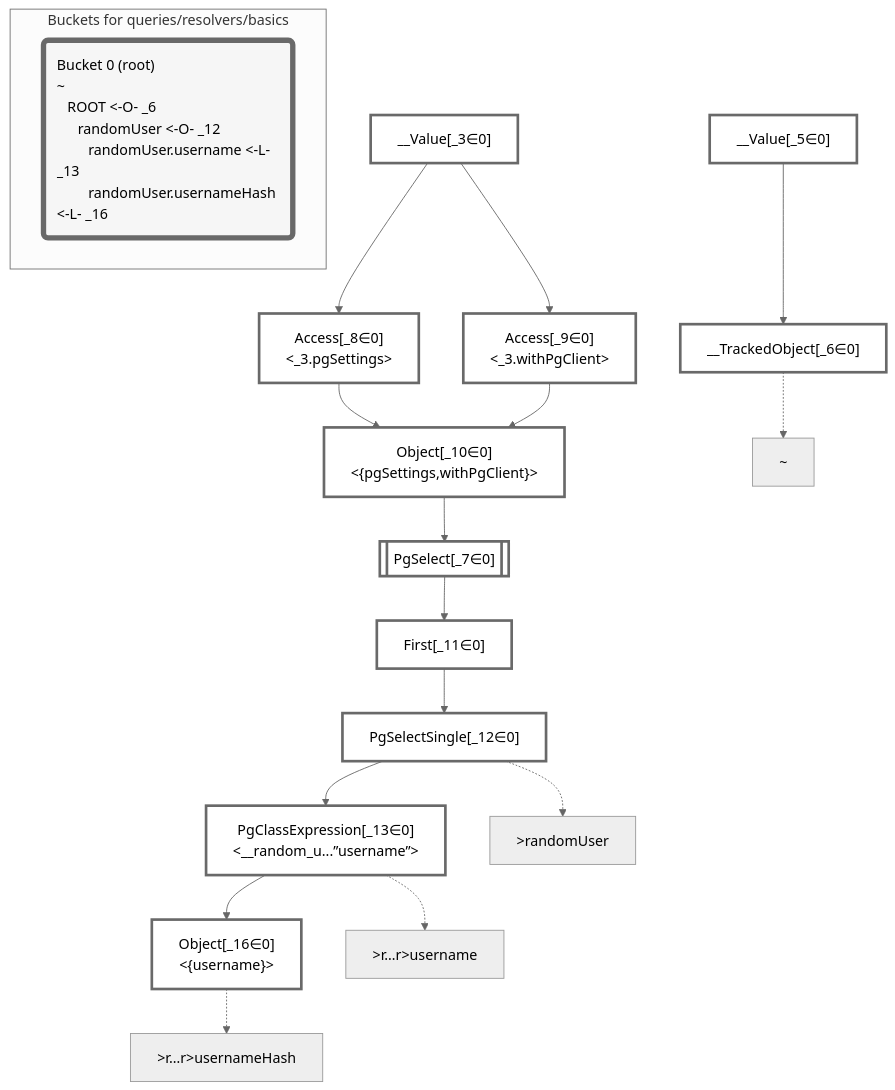
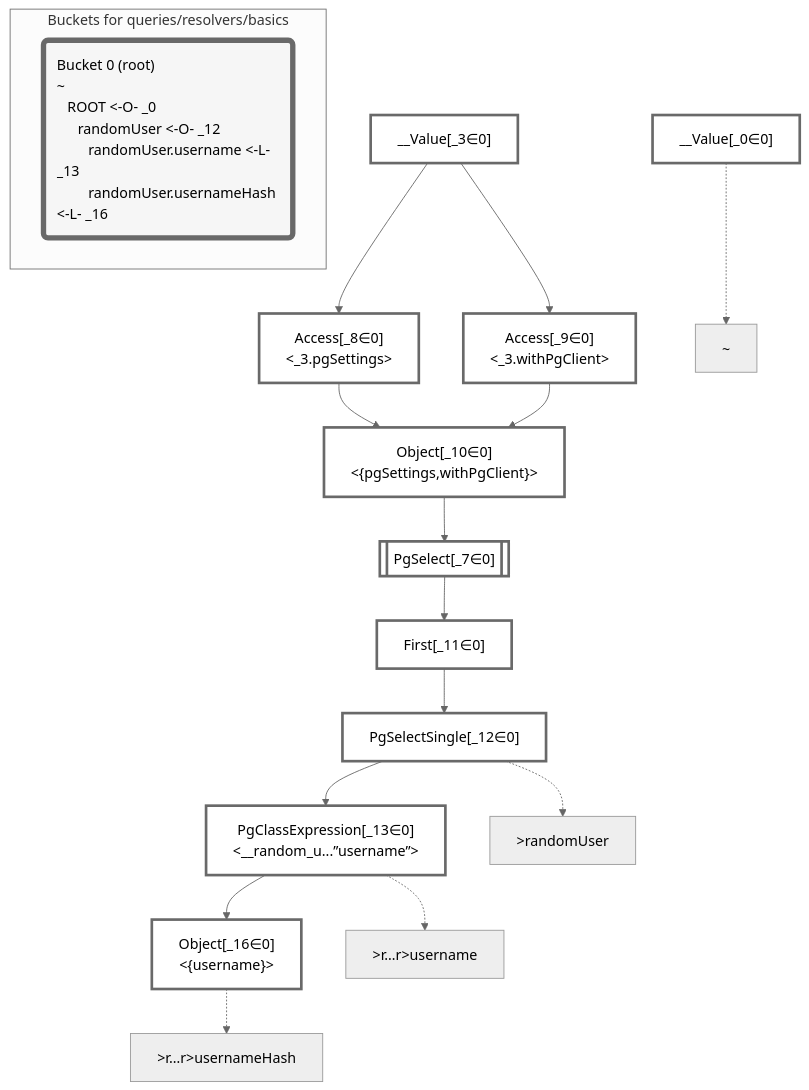
Before and after one commit to graphile/crystal: the diagram in packages/dataplan-pg/__tests__/queries/resolvers/basics.deopt.mermaid.md, drawn with Mermaid (neutral theme). The commit also changed 193 other files, not shown here.

Commit message:
Update test plan snapshots with new root plan

````diff
--- a/packages/dataplan-pg/__tests__/queries/resolvers/basics.deopt.mermaid.md
+++ b/packages/dataplan-pg/__tests__/queries/resolvers/basics.deopt.mermaid.md
@@ -1,53 +1,51 @@
 ```mermaid
 graph TD
     classDef path fill:#eee,stroke:#000,color:#000
     classDef plan fill:#fff,stroke-width:3px,color:#000
     classDef itemplan fill:#fff,stroke-width:6px,color:#000
     classDef sideeffectplan fill:#f00,stroke-width:6px,color:#000
     classDef bucket fill:#f6f6f6,color:#000,stroke-width:6px,text-align:left
 
 
     %% define plans
+    __Value_0["__Value[_0∈0]"]:::plan
     __Value_3["__Value[_3∈0]<br /><context>"]:::plan
-    __Value_5["__Value[_5∈0]<br /><rootValue>"]:::plan
-    __TrackedObject_6["__TrackedObject[_6∈0]"]:::plan
     PgSelect_7[["PgSelect[_7∈0]<br /><random_user>"]]:::plan
     Access_8["Access[_8∈0]<br /><_3.pgSettings>"]:::plan
     Access_9["Access[_9∈0]<br /><_3.withPgClient>"]:::plan
     Object_10["Object[_10∈0]<br /><{pgSettings,withPgClient}>"]:::plan
     First_11["First[_11∈0]"]:::plan
     PgSelectSingle_12["PgSelectSingle[_12∈0]<br /><users>"]:::plan
     PgClassExpression_13["PgClassExpression[_13∈0]<br /><__random_u...”username”>"]:::plan
     Object_16["Object[_16∈0]<br /><{username}>"]:::plan
 
     %% plan dependencies
-    __Value_5 --> __TrackedObject_6
     Object_10 --> PgSelect_7
     __Value_3 --> Access_8
     __Value_3 --> Access_9
     Access_8 --> Object_10
     Access_9 --> Object_10
     PgSelect_7 --> First_11
     First_11 --> PgSelectSingle_12
     PgSelectSingle_12 --> PgClassExpression_13
     PgClassExpression_13 --> Object_16
 
     %% plan-to-path relationships
-    P_6["~"]
-    __TrackedObject_6 -.-> P_6
+    P_0["~"]
+    __Value_0 -.-> P_0
     P_12[">randomUser"]
     PgSelectSingle_12 -.-> P_12
     P_13[">r…r>username"]
     PgClassExpression_13 -.-> P_13
     P_16[">r…r>usernameHash"]
     Object_16 -.-> P_16
 
     %% allocate buckets
     classDef bucket0 stroke:#696969
-    class __Value_3,__Value_5,__TrackedObject_6,PgSelect_7,Access_8,Access_9,Object_10,First_11,PgSelectSingle_12,PgClassExpression_13,Object_16 bucket0
+    class __Value_0,__Value_3,PgSelect_7,Access_8,Access_9,Object_10,First_11,PgSelectSingle_12,PgClassExpression_13,Object_16 bucket0
 
     subgraph "Buckets for queries/resolvers/basics"
-    Bucket0("Bucket 0 (root)<br />~<br />⠀ROOT <-O- _6<br />⠀⠀randomUser <-O- _12<br />⠀⠀⠀randomUser.username <-L- _13<br />⠀⠀⠀randomUser.usernameHash <-L- _16"):::bucket
+    Bucket0("Bucket 0 (root)<br />~<br />⠀ROOT <-O- _0<br />⠀⠀randomUser <-O- _12<br />⠀⠀⠀randomUser.username <-L- _13<br />⠀⠀⠀randomUser.usernameHash <-L- _16"):::bucket
     style Bucket0 stroke:#696969
     end
 ```
````
